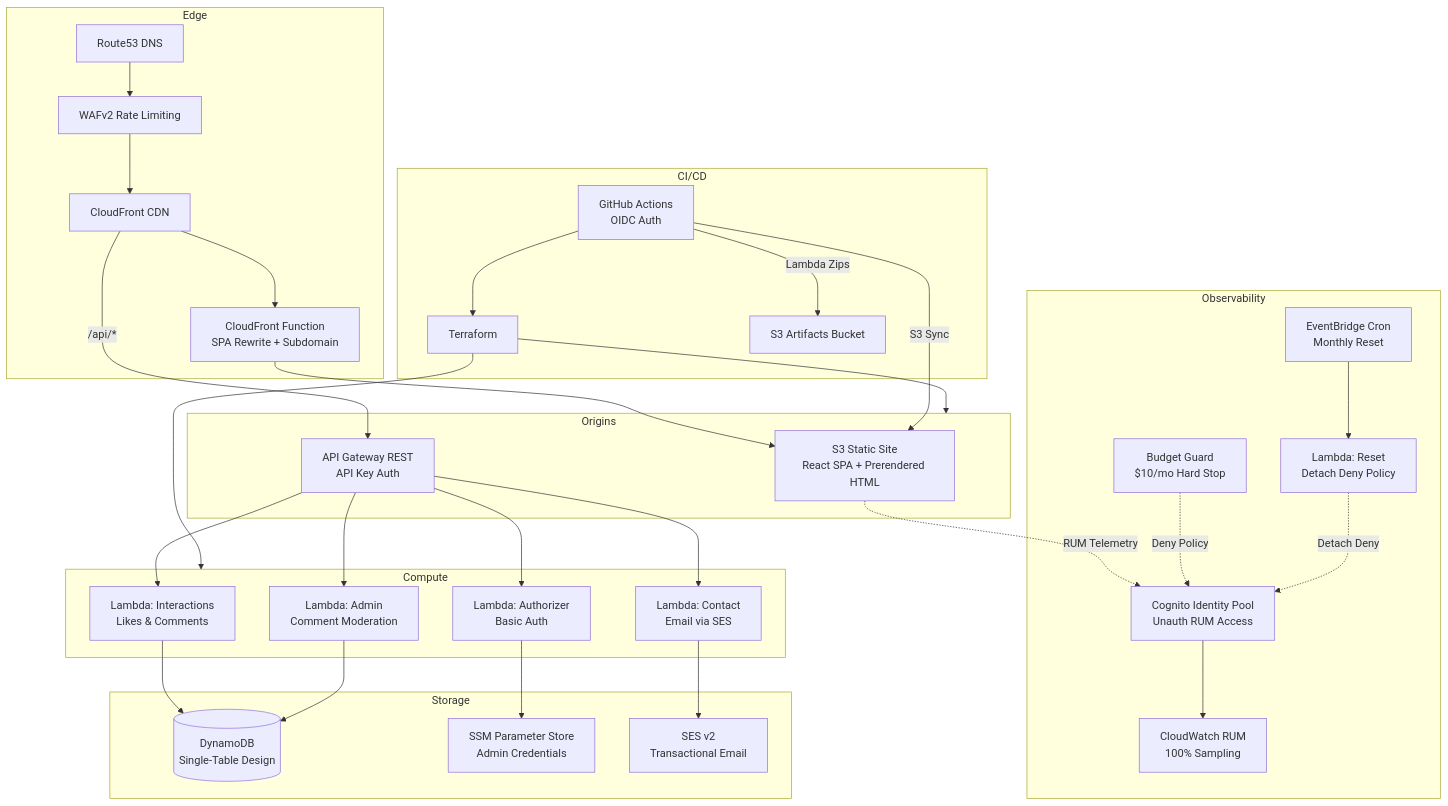
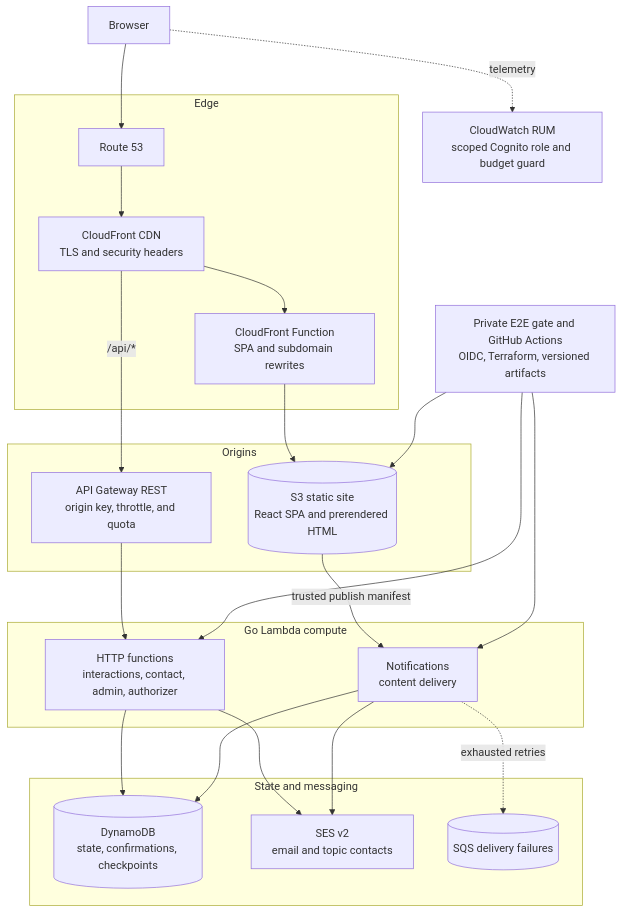
Before and after one commit to jyatesdotdev/jyatesdotdev: the diagram in README.md, drawn with Mermaid. The commit also changed other lines of this file and 1 other file, not shown here.

Commit message:
docs: refresh GitHub profile

````diff
--- a/README.md
+++ b/README.md
@@ -26,56 +55,46 @@
 ```mermaid
-graph TB
-    subgraph Edge
-        DNS[Route53 DNS]
-        WAF[WAFv2 Rate Limiting]
-        CF[CloudFront CDN]
-        CFFunc[CloudFront Function<br/>SPA Rewrite + Subdomain]
+flowchart TB
+    Browser[Browser]
+
+    subgraph Edge["Edge"]
+        DNS[Route 53]
+        CF[CloudFront CDN<br/>TLS and security headers]
+        CFF[CloudFront Function<br/>SPA and subdomain rewrites]
     end
 
-    subgraph Origins
-        S3[S3 Static Site<br/>React SPA + Prerendered HTML]
-        APIGW[API Gateway REST<br/>API Key Auth]
+    subgraph Origins["Origins"]
+        Site[(S3 static site<br/>React SPA and prerendered HTML)]
+        API[API Gateway REST<br/>origin key, throttle, and quota]
     end
 
-    subgraph Compute
-        LInt[Lambda: Interactions<br/>Likes & Comments]
-        LCon[Lambda: Contact<br/>Email via SES]
-        LAdm[Lambda: Admin<br/>Comment Moderation]
-        LAuth[Lambda: Authorizer<br/>Basic Auth]
+    subgraph Compute["Go Lambda compute"]
+        HTTP[HTTP functions<br/>interactions, contact, admin, authorizer]
+        Notifications[Notifications<br/>content delivery]
     end
 
-    subgraph Storage
-        DDB[(DynamoDB<br/>Single-Table Design)]
-        SSM[SSM Parameter Store<br/>Admin Credentials]
-        SES[SES v2<br/>Transactional Email]
+    subgraph State["State and messaging"]
+        DDB[(DynamoDB<br/>state, confirmations, checkpoints)]
+        SES[SES v2<br/>email and topic contacts]
+        Failures[(SQS delivery failures)]
     end
 
-    subgraph Observability
-        COG[Cognito Identity Pool<br/>Unauth RUM Access]
-        RUM[CloudWatch RUM<br/>100% Sampling]
-        BG[Budget Guard<br/>$10/mo Hard Stop]
-        EB[EventBridge Cron<br/>Monthly Reset]
-        LRes[Lambda: Reset<br/>Detach Deny Policy]
-    end
+    Browser --> DNS --> CF
+    CF --> CFF --> Site
+    CF -->|/api/*| API
+    API --> HTTP
+    Site -->|trusted publish manifest| Notifications
 
-    subgraph CI/CD
-        GHA[GitHub Actions<br/>OIDC Auth]
-        TF[Terraform]
-        ART[S3 Artifacts Bucket]
-    end
+    HTTP --> DDB
+    HTTP --> SES
+    Notifications --> DDB
+    Notifications --> SES
+    Notifications -. exhausted retries .-> Failures
 
-    DNS --> WAF --> CF
-    CF --> CFFunc --> S3
-    CF -->|/api/*| APIGW
-    APIGW --> LAuth
-    APIGW --> LInt & LCon & LAdm
-    LInt & LAdm --> DDB
-    LCon --> SES
-    LAuth --> SSM
-    GHA --> TF --> Origins & Compute
-    GHA -->|Lambda Zips| ART
-    GHA -->|S3 Sync| S3
-    S3 -.->|RUM Telemetry| COG --> RUM
-    BG -.->|Deny Policy| COG
-    EB --> LRes -.->|Detach Deny| COG
+    RUM[CloudWatch RUM<br/>scoped Cognito role and budget guard]
+    Delivery[Private E2E gate and GitHub Actions<br/>OIDC, Terraform, versioned artifacts]
+
+    Browser -. telemetry .-> RUM
+    Delivery --> Site
+    Delivery --> HTTP
+    Delivery --> Notifications
 ```
````
